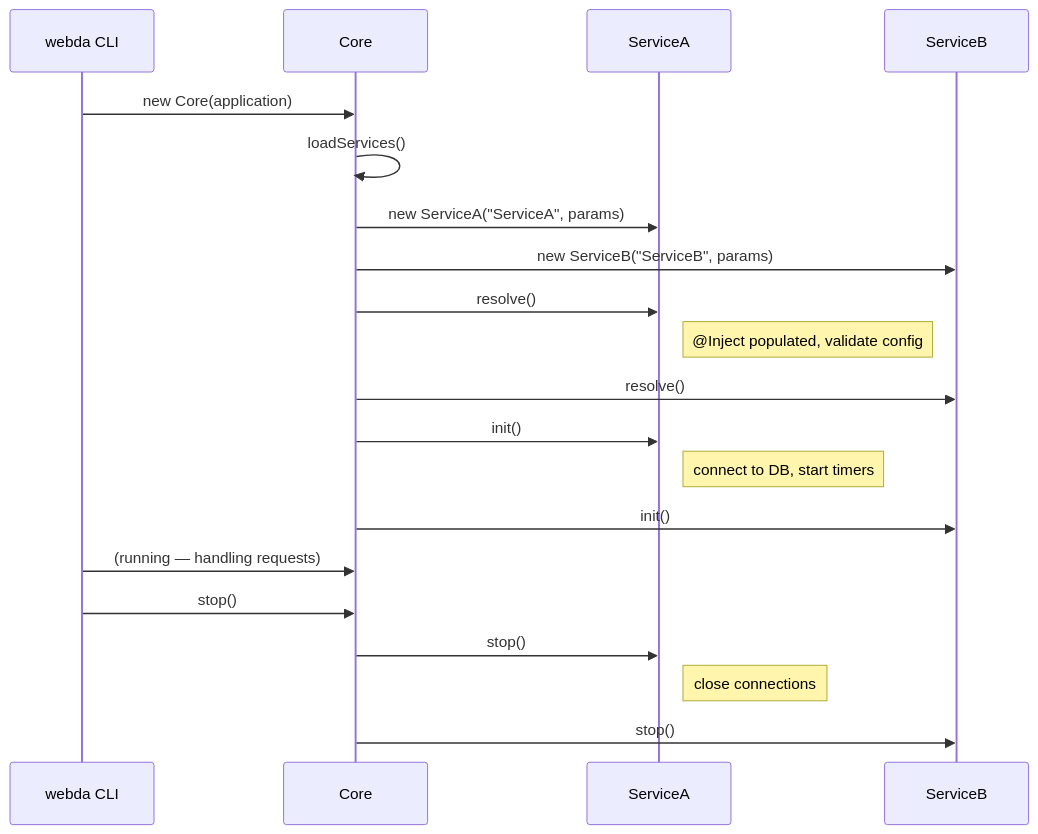
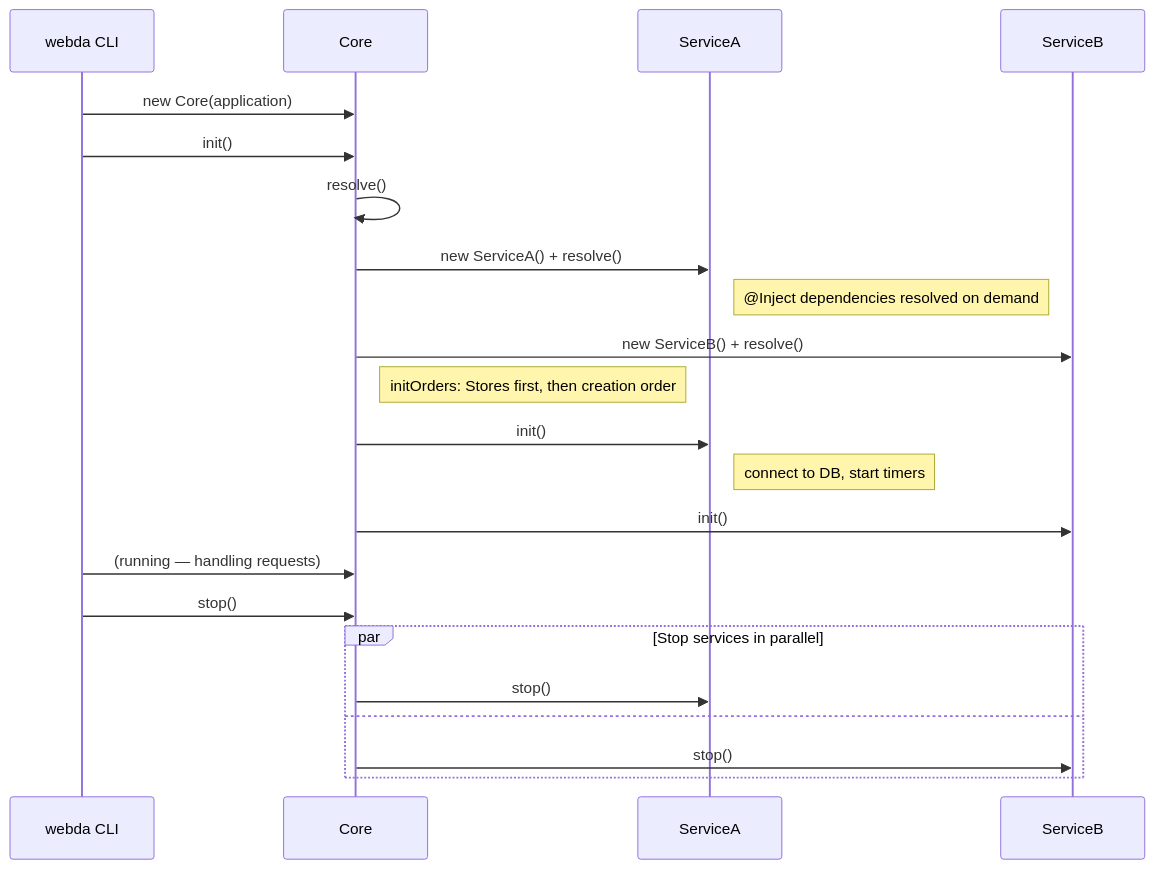
The second of 2 diagrams in docs/pages/Modules/core/Lifecycle.md (loopingz/webda.io), drawn with Mermaid before and after one commit. The commit also changed other lines of this file and 25 other files, not shown here.

````diff
--- a/docs/pages/Modules/core/Lifecycle.md
+++ b/docs/pages/Modules/core/Lifecycle.md
@@ -163,23 +165,25 @@
 ```mermaid
 sequenceDiagram
     participant Launcher as webda CLI
     participant Core
     participant ServiceA
     participant ServiceB
 
     Launcher->>Core: new Core(application)
-    Core->>Core: loadServices()
-    Core->>ServiceA: new ServiceA("ServiceA", params)
-    Core->>ServiceB: new ServiceB("ServiceB", params)
-    Core->>ServiceA: resolve()
-    note right of ServiceA: @Inject populated, validate config
-    Core->>ServiceB: resolve()
+    Launcher->>Core: init()
+    Core->>Core: resolve()
+    Core->>ServiceA: new ServiceA() + resolve()
+    note right of ServiceA: @Inject dependencies resolved on demand
+    Core->>ServiceB: new ServiceB() + resolve()
+    note right of Core: initOrders: Stores first, then creation order
     Core->>ServiceA: init()
     note right of ServiceA: connect to DB, start timers
     Core->>ServiceB: init()
     Launcher->>Core: (running — handling requests)
     Launcher->>Core: stop()
-    Core->>ServiceA: stop()
-    note right of ServiceA: close connections
-    Core->>ServiceB: stop()
+    par Stop services in parallel
+        Core->>ServiceA: stop()
+    and
+        Core->>ServiceB: stop()
+    end
 ```
````
